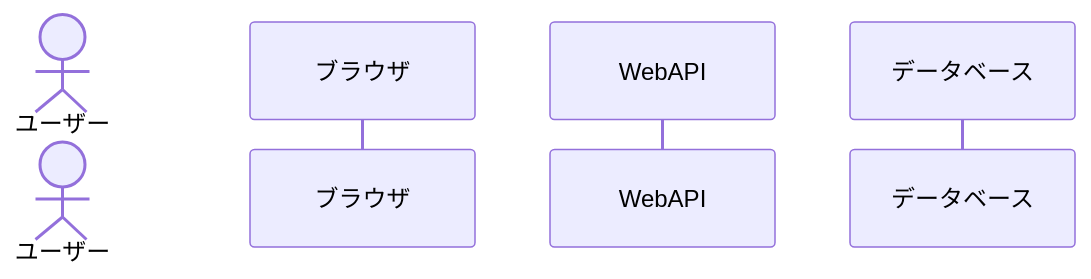
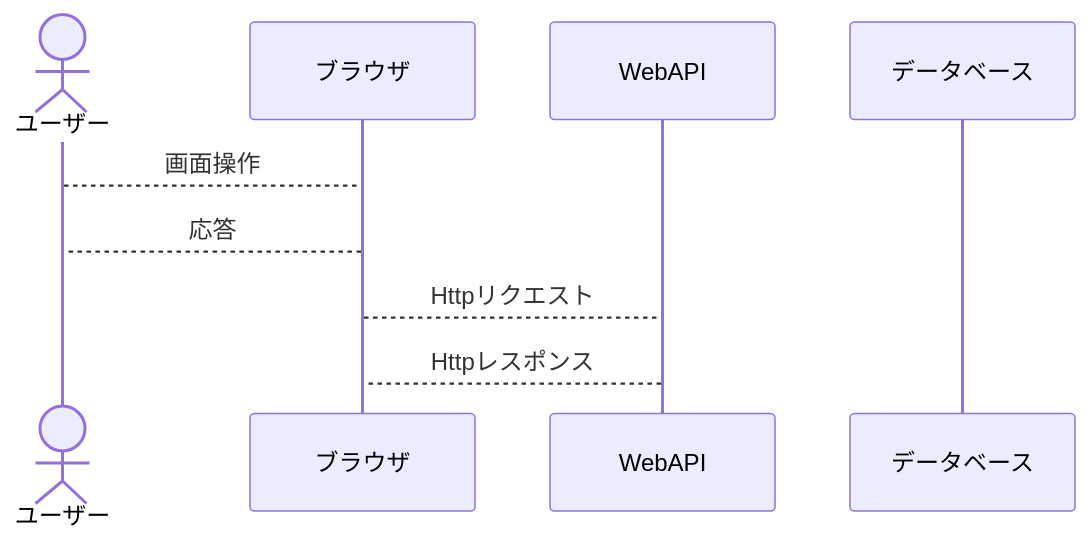
Before and after one commit to hidekazunasu/attendance-management: the second of 4 diagrams in README.md, drawn with Mermaid. The commit also changed other lines of this file and 1 other file, not shown here.

Commit message:
add sequenceDiagram in README.md

````diff
--- a/README.md
+++ b/README.md
@@ -19,8 +19,12 @@
 ```mermaid
 sequenceDiagram
     actor ユーザー
     participant ブラウザ
     participant WebAPI
     participant データベース
+    ユーザー-->ブラウザ:画面操作
+    ブラウザ-->ユーザー:応答
+    ブラウザ-->WebAPI:Httpリクエスト
+    WebAPI-->ブラウザ:Httpレスポンス
 
 ```
````
